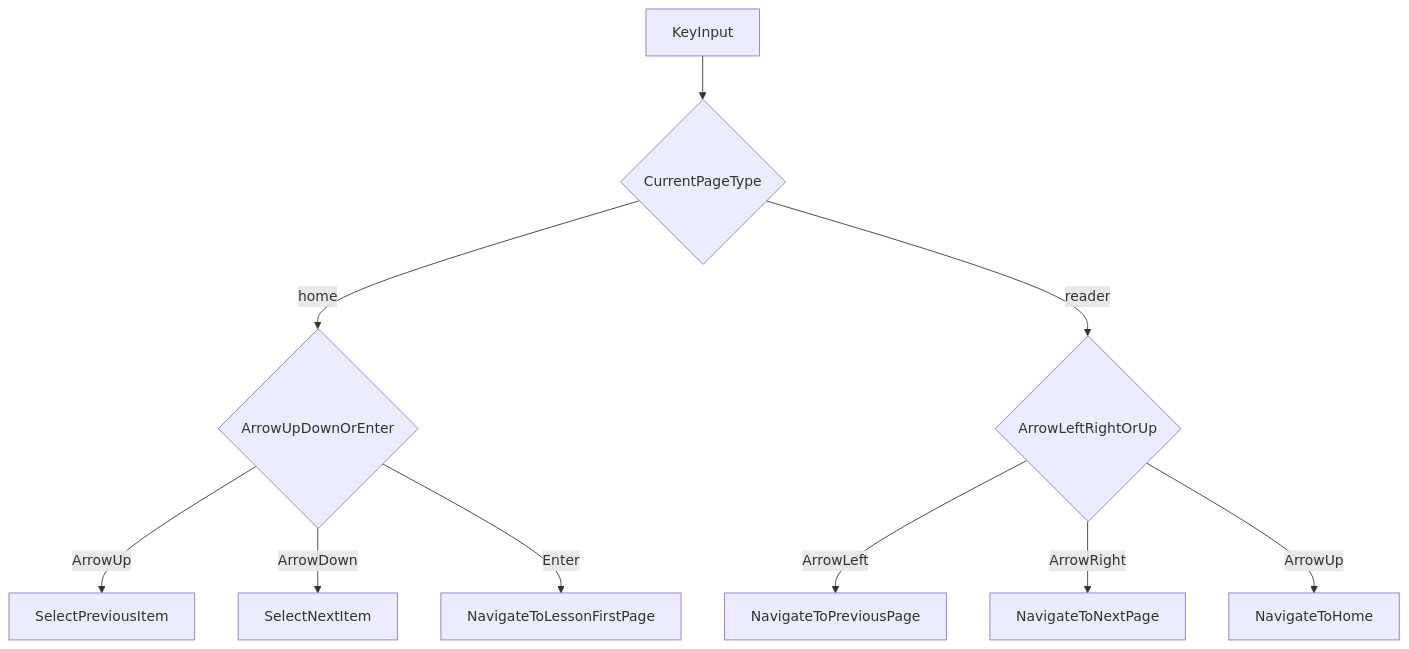
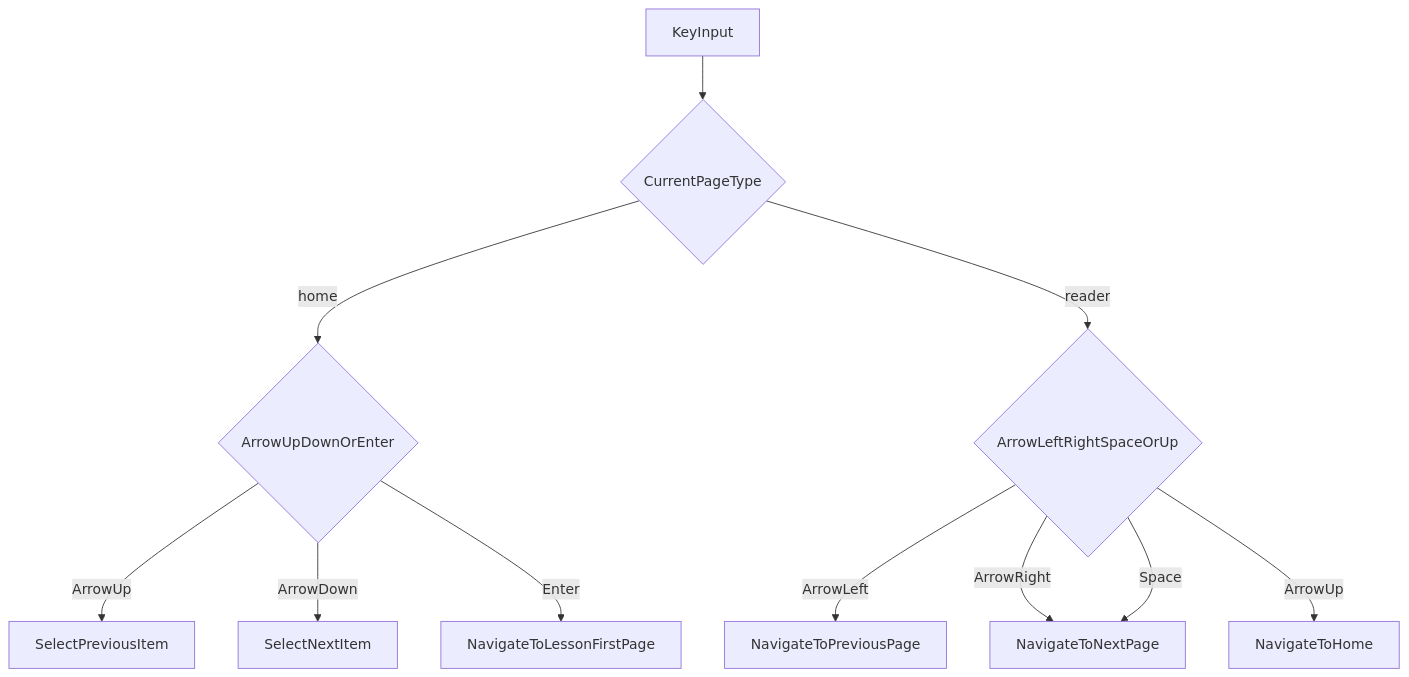
One commit to kamiyn/italyshadowing changed the third of 4 diagrams in Architecture.md. Above: the diagram before and after it, drawn with Mermaid. The commit also changed other lines of this file and 2 other files, not shown here.

Commit message:
fix document

````diff
--- a/Architecture.md
+++ b/Architecture.md
@@ -142,12 +143,13 @@
 ```mermaid
 flowchart TD
     keyInput[KeyInput] --> pageType{CurrentPageType}
     pageType -->|home| homeKey{ArrowUpDownOrEnter}
     homeKey -->|ArrowUp| selectPrev[SelectPreviousItem]
     homeKey -->|ArrowDown| selectNext[SelectNextItem]
     homeKey -->|Enter| openLesson[NavigateToLessonFirstPage]
-    pageType -->|reader| readerKey{ArrowLeftRightOrUp}
+    pageType -->|reader| readerKey{ArrowLeftRightSpaceOrUp}
     readerKey -->|ArrowLeft| goPrev[NavigateToPreviousPage]
     readerKey -->|ArrowRight| goNext[NavigateToNextPage]
+    readerKey -->|Space| goNext
     readerKey -->|ArrowUp| goHome[NavigateToHome]
 ```
````
